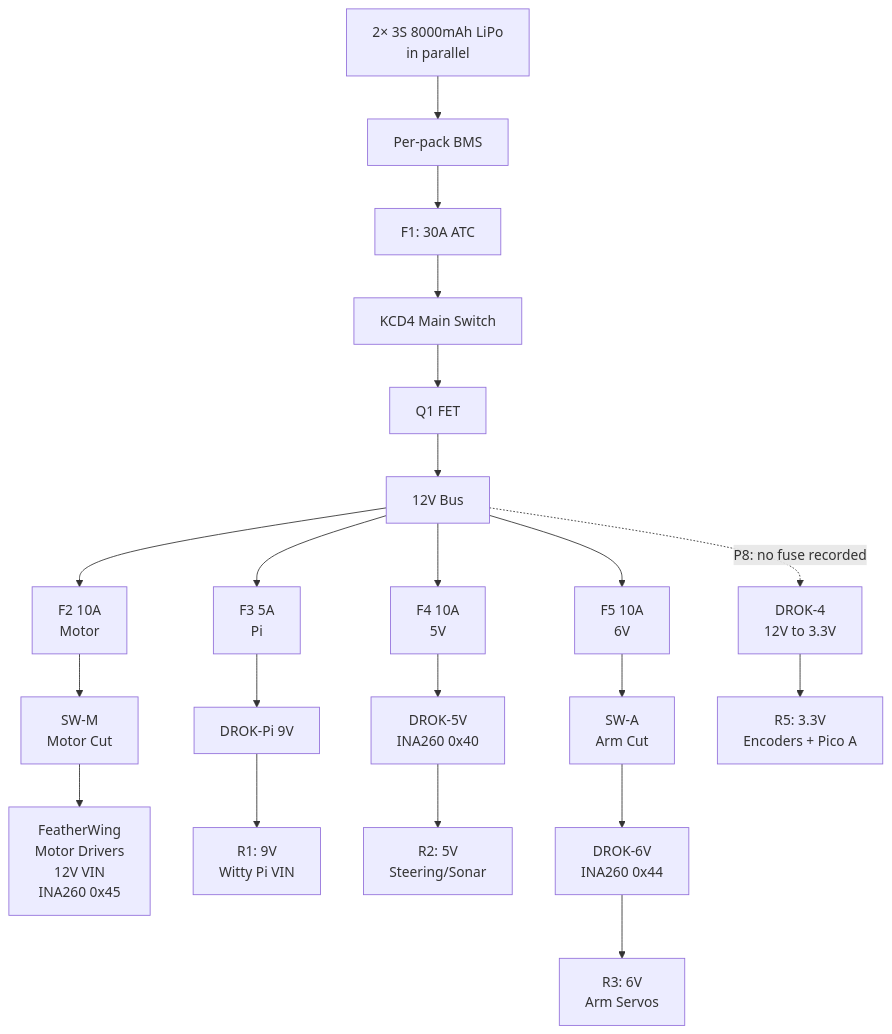
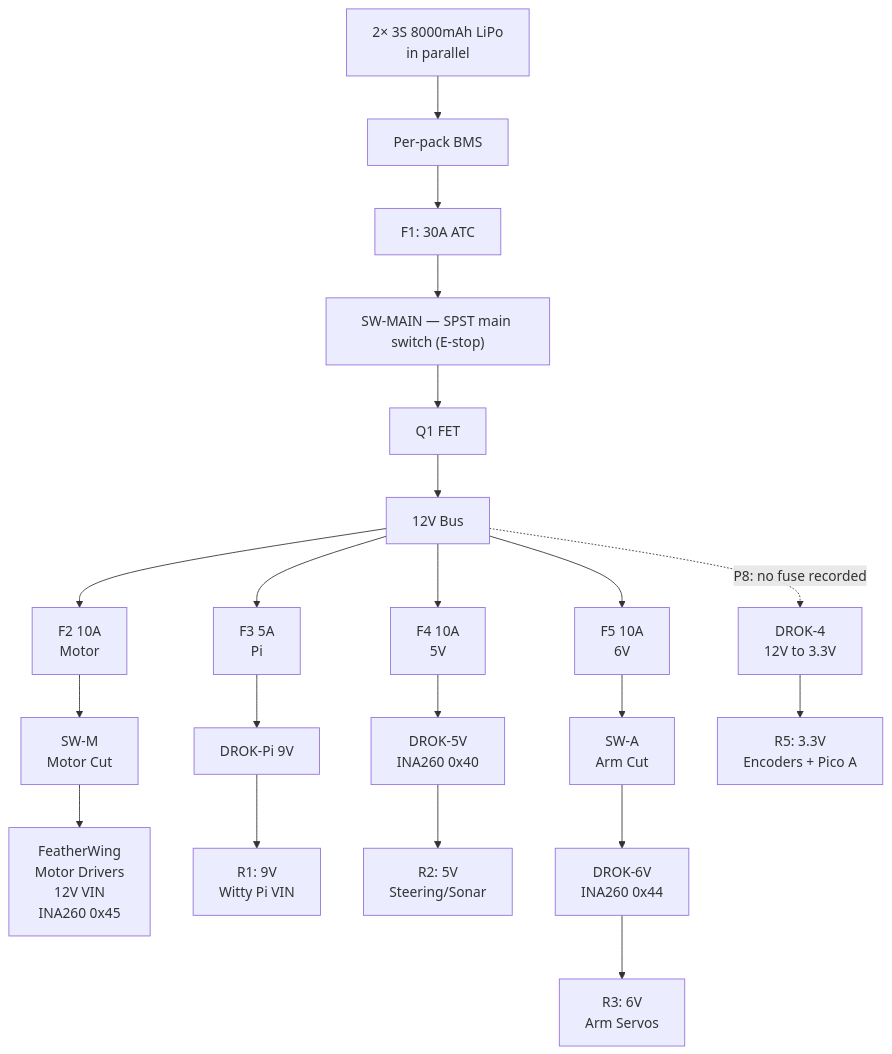
The first of 2 diagrams in docs/WildWilly_Master_Hardware_Design_v2.0.md (hdhimmel/willy-rover), drawn with Mermaid before and after one commit. The commit also changed other lines of this file and 1 other file, not shown here.

First line of the commit message:
Main power switch is an SPST switch (SW-MAIN), not a KCD4 rocker (owner)

````diff
--- a/docs/WildWilly_Master_Hardware_Design_v2.0.md
+++ b/docs/WildWilly_Master_Hardware_Design_v2.0.md
@@ -212,30 +212,30 @@
 ```mermaid
 graph TD
     BAT["2× 3S 8000mAh LiPo<br/>in parallel"]
     BMS["Per-pack BMS"]
     F1["F1: 30A ATC"]
-    KCD4["KCD4 Main Switch"]
+    KCD4["SW-MAIN — SPST main switch (E-stop)"]
     Q1["Q1 FET"]
     BUS["12V Bus"]
     F2["F2 10A<br/>Motor"]
     F3["F3 5A<br/>Pi"]
     F4["F4 10A<br/>5V"]
     F5["F5 10A<br/>6V"]
     SW_M["SW-M<br/>Motor Cut"]
     FW_MOTOR["FeatherWing<br/>Motor Drivers<br/>12V VIN<br/>INA260 0x45"]
     PI_BUCK["DROK-Pi 9V"]
     R1["R1: 9V<br/>Witty Pi VIN"]
     DROK5["DROK-5V<br/>INA260 0x40"]
     R2["R2: 5V<br/>Steering/Sonar"]
     SW_A["SW-A<br/>Arm Cut"]
     DROK6["DROK-6V<br/>INA260 0x44"]
     R3["R3: 6V<br/>Arm Servos"]
     DROK4["DROK-4<br/>12V to 3.3V"]
     R5["R5: 3.3V<br/>Encoders + Pico A"]
     BAT --> BMS --> F1 --> KCD4 --> Q1 --> BUS
     BUS --> F2 --> SW_M --> FW_MOTOR
     BUS --> F3 --> PI_BUCK --> R1
     BUS --> F4 --> DROK5 --> R2
     BUS --> F5 --> SW_A --> DROK6 --> R3
     BUS -.->|P8: no fuse recorded| DROK4 --> R5
 ```
````
